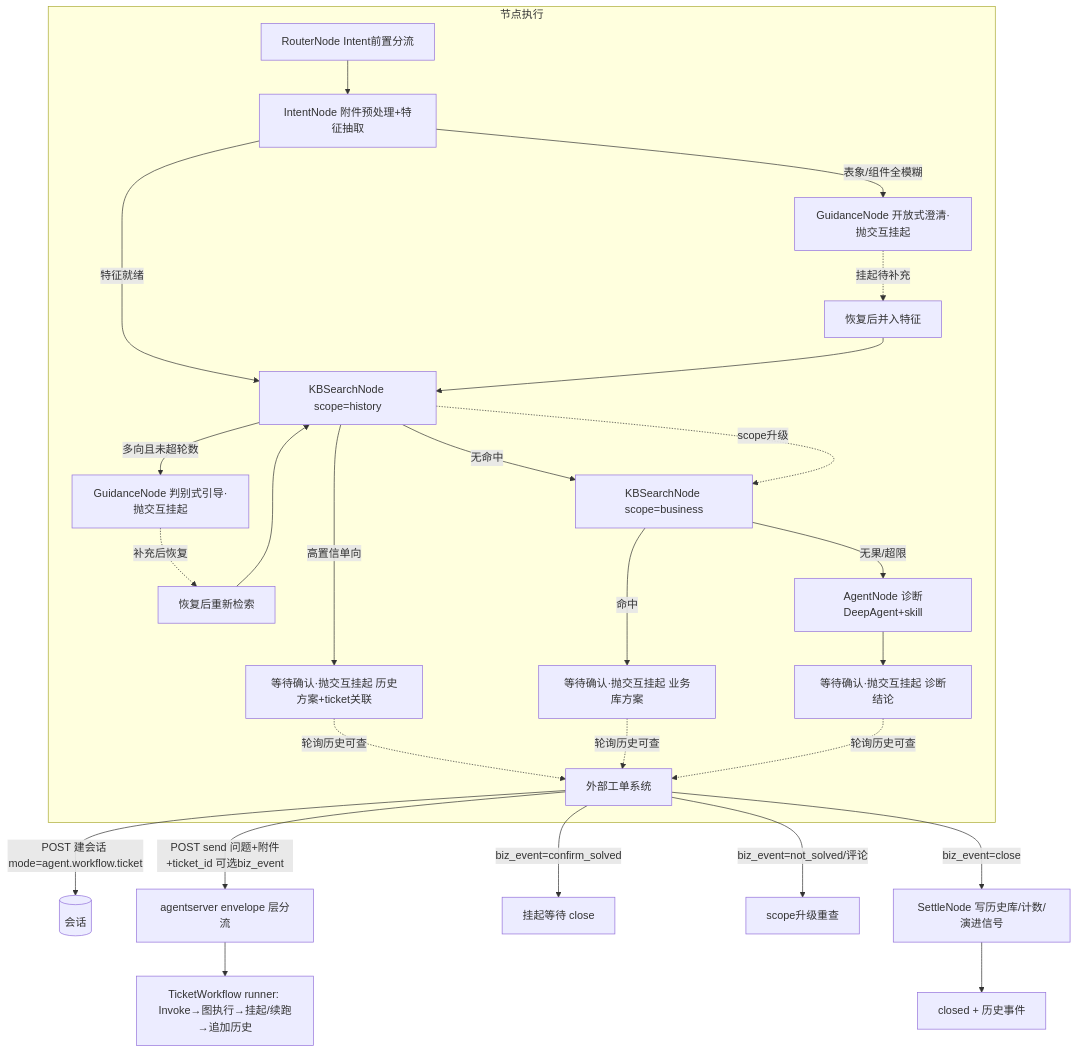
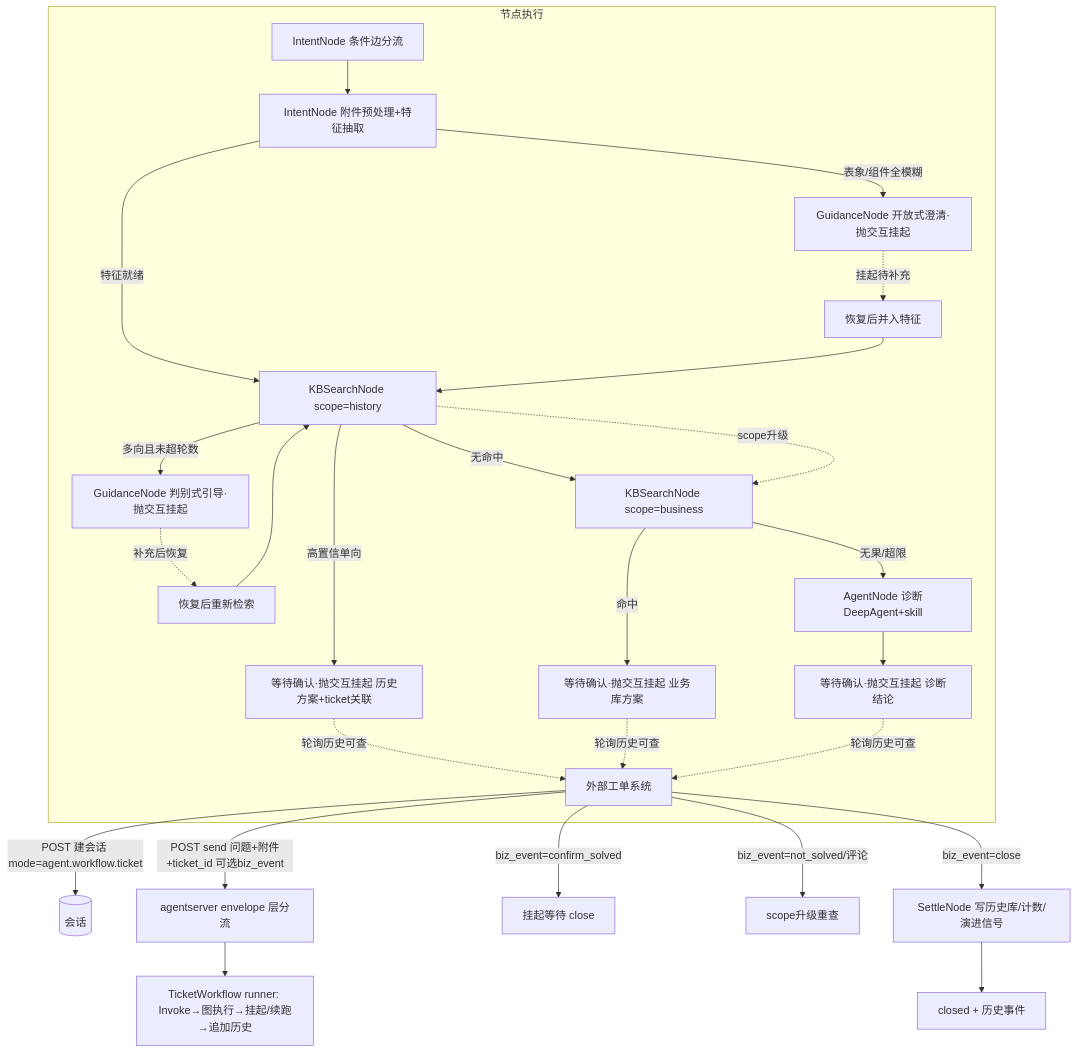
Before and after one commit to CrazyLichen/uapclaw-go: the diagram in docs/superpowers/specs/2026-11-26-ticket-workflow-design.md, drawn with Mermaid. The commit also changed other lines of this file, not shown here.

Commit message:
docs(spec): TicketWorkflow 零自定义事件拍板——复用 chat.ask_user/final 现网事件类型；RouterNode 废除改条件边；HTTP 恢复三形态（answers/biz_event/纯文本）

````diff
--- a/docs/superpowers/specs/2026-11-26-ticket-workflow-design.md
+++ b/docs/superpowers/specs/2026-11-26-ticket-workflow-design.md
@@ -173,29 +172,29 @@
 ```mermaid
 flowchart TD
     EXT[外部工单系统] -->|POST 建会话 mode=agent.workflow.ticket| SES[(会话)]
     EXT -->|POST send 问题+附件+ticket_id 可选biz_event| AS[agentserver envelope 层分流]
     AS --> WF[TicketWorkflow runner: Invoke→图执行→挂起/续跑→追加历史]
 
     subgraph 节点执行
-        R[RouterNode Intent前置分流] --> I[IntentNode 附件预处理+特征抽取]
+        R[IntentNode 条件边分流] --> I[IntentNode 附件预处理+特征抽取]
         I -->|表象/组件全模糊| G1[GuidanceNode 开放式澄清·抛交互挂起]
         I -->|特征就绪| K[KBSearchNode scope=history]
         G1 -.挂起待补充.-> G1R[恢复后并入特征]
         G1R --> K
         K -->|高置信单向| WC1[等待确认·抛交互挂起 历史方案+ticket关联]
         K -->|多向且未超轮数| G2[GuidanceNode 判别式引导·抛交互挂起]
         G2 -.补充后恢复.-> G2R[恢复后重新检索]
         G2R --> K
         K -->|无命中| K2[KBSearchNode scope=business]
         K -.scope升级.-> K2
         K2 -->|命中| WC2[等待确认·抛交互挂起 业务库方案]
         K2 -->|无果/超限| A[AgentNode 诊断DeepAgent+skill]
         A --> WC3[等待确认·抛交互挂起 诊断结论]
         WC1 & WC2 & WC3 -.轮询历史可查.-> EXT
     end
 
     EXT -->|biz_event=confirm_solved| PEND[挂起等待 close]
     EXT -->|biz_event=not_solved/评论| UP[scope升级重查]
     EXT -->|biz_event=close| S[SettleNode 写历史库/计数/演进信号]
     S --> CL[closed + 历史事件]
 ```
````
